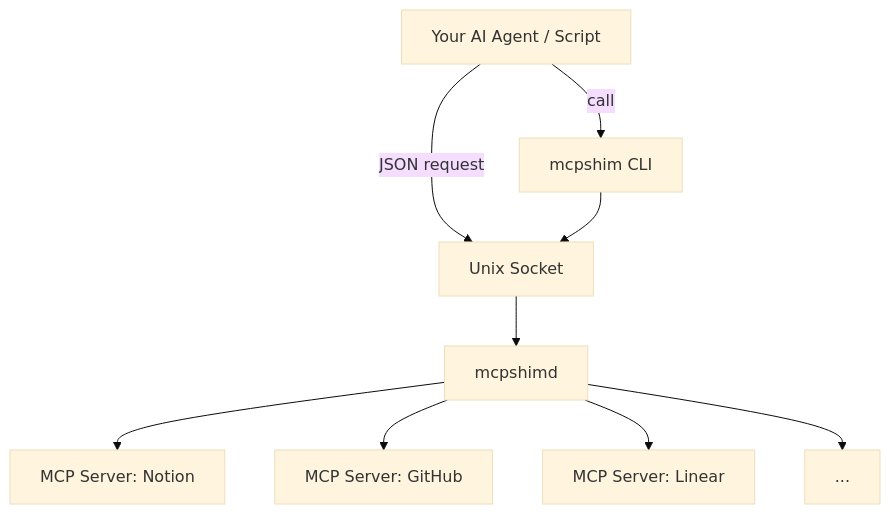
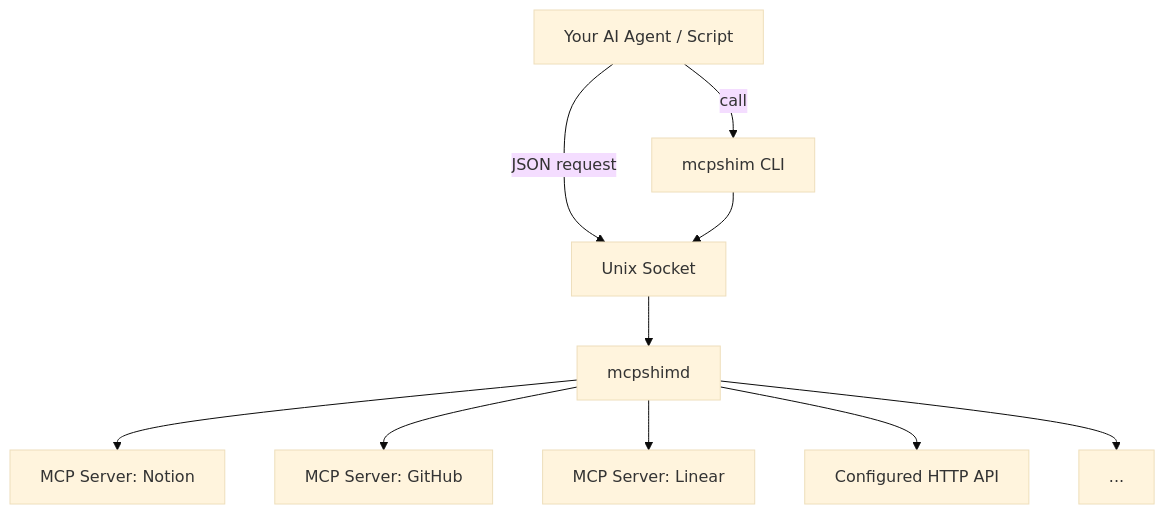
Before and after one commit to mcpshim/mcpshim: the diagram in README.md, drawn with Mermaid (base theme). The commit also changed other lines of this file and 41 other files, not shown here.

````diff
--- a/README.md
+++ b/README.md
@@ -30,12 +34,13 @@
 ```mermaid
 graph TD
 		Agent["Your AI Agent / Script"]
 		Agent -->|call| CLI["mcpshim CLI"]
 		Agent -->|JSON request| Socket["Unix Socket"]
 		CLI --> Socket
 		Socket --> Daemon["mcpshimd"]
 		Daemon --> MCP1["MCP Server: Notion"]
 		Daemon --> MCP2["MCP Server: GitHub"]
 		Daemon --> MCP3["MCP Server: Linear"]
+		Daemon --> HTTP["Configured HTTP API"]
 		Daemon --> MCPN["..."]
 ```
````
